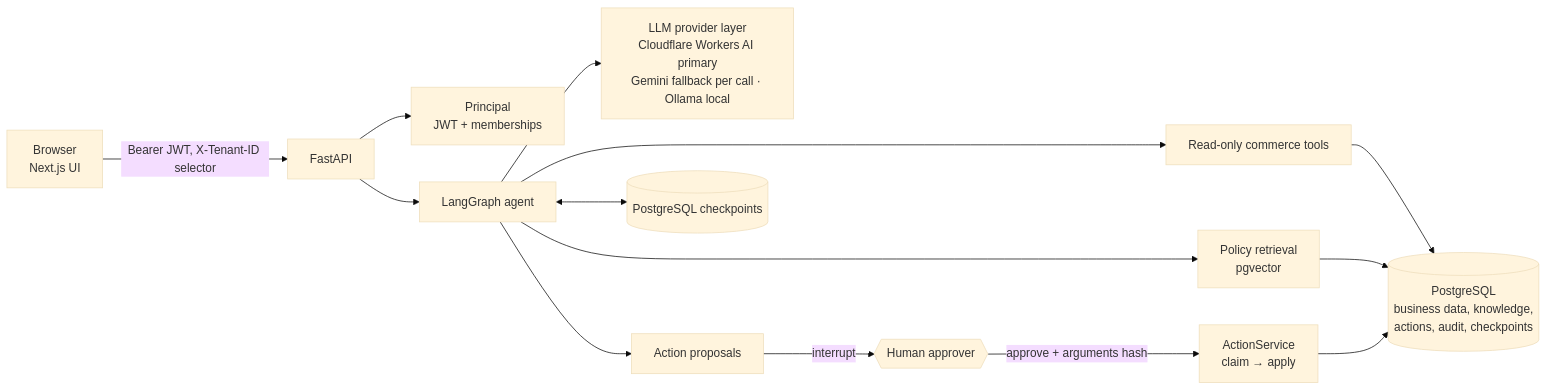
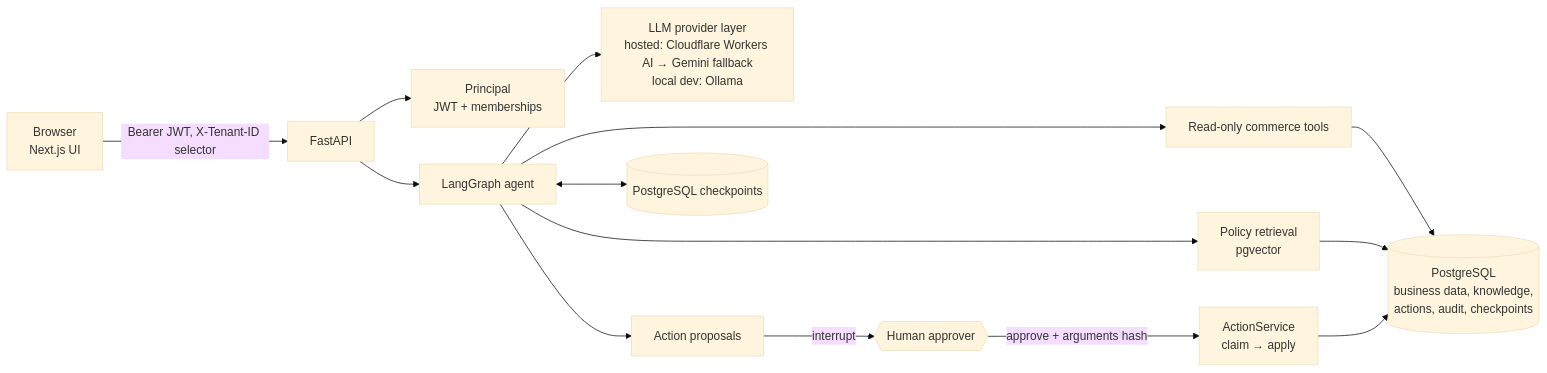
One commit to Shelunagori/ecommerce-ai-ops-agent changed the first of 2 diagrams in README.md. Above: the diagram before and after it, drawn with Mermaid (base theme). The commit also changed other lines of this file and 5 other files, not shown here.

Commit message:
docs: explain local Ollama vs hosted Cloudflare and Gemini providers

````diff
--- a/README.md
+++ b/README.md
@@ -64,14 +64,14 @@
 ```mermaid
 flowchart LR
   U[Browser<br/>Next.js UI] -->|Bearer JWT, X-Tenant-ID selector| API[FastAPI]
   API --> AUTH[Principal<br/>JWT + memberships]
   API --> G[LangGraph agent]
-  G --> M[LLM provider layer<br/>Cloudflare Workers AI primary<br/>Gemini fallback per call · Ollama local]
+  G --> M[LLM provider layer<br/>hosted: Cloudflare Workers AI → Gemini fallback<br/>local dev: Ollama]
   G --> T[Read-only commerce tools]
   G --> R[Policy retrieval<br/>pgvector]
   G --> P[Action proposals]
   P -->|interrupt| H{{Human approver}}
   H -->|approve + arguments hash| X[ActionService<br/>claim → apply]
   T & R & X --> DB[(PostgreSQL<br/>business data, knowledge,<br/>actions, audit, checkpoints)]
   G <--> CP[(PostgreSQL checkpoints)]
 ```
````
